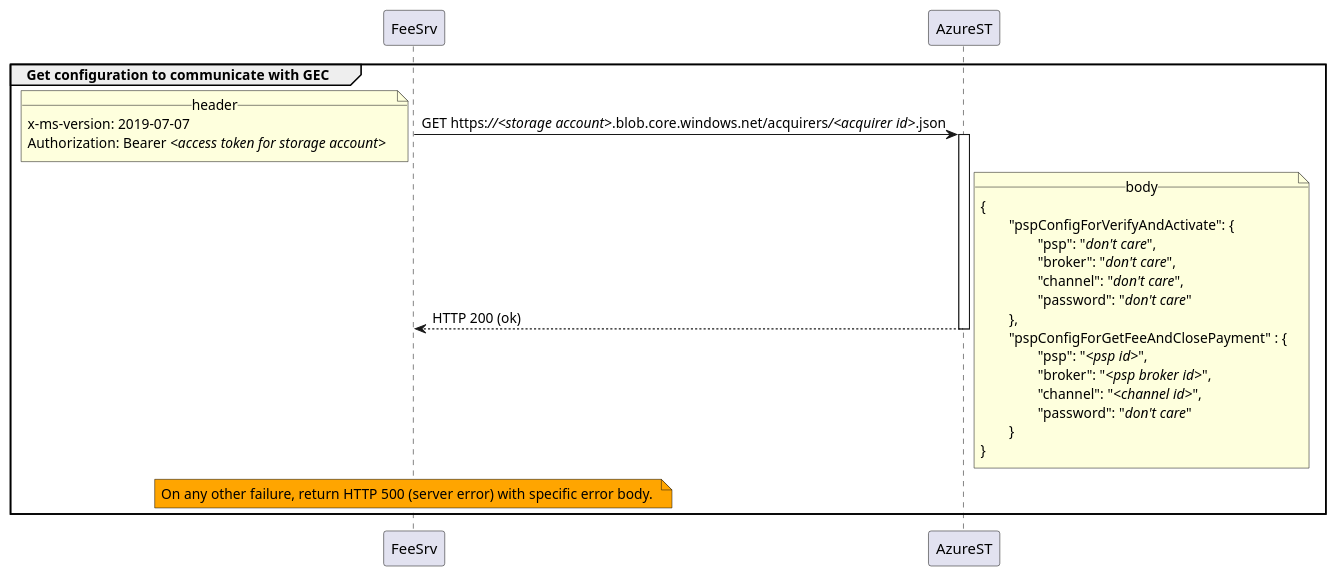
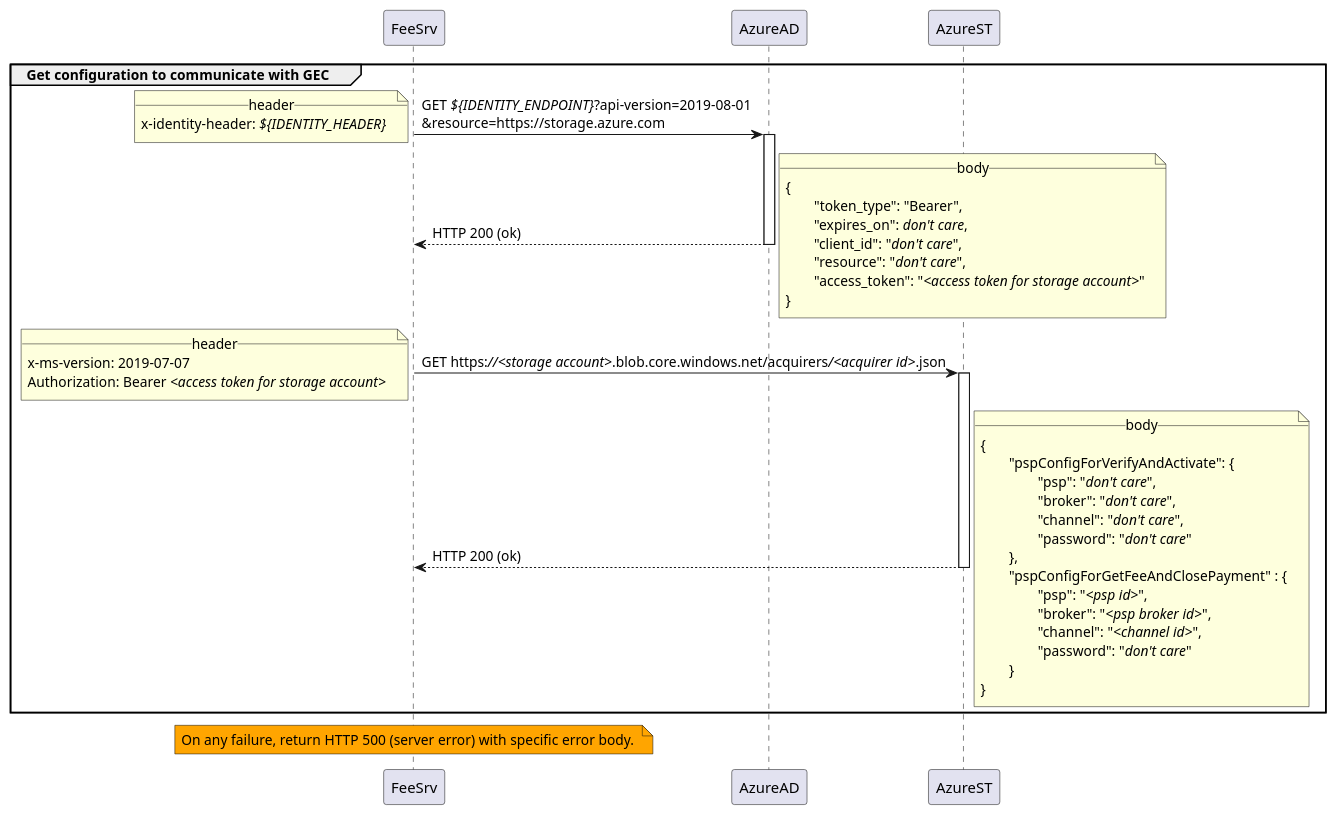
Before and after one commit to pagopa/mil-fee-calculator: the diagram in src/site/puml/uml/get_config_from_azure_blob_storage.puml, drawn with PlantUML. The commit also changed 4 other files, not shown here.

```diff
--- a/src/site/puml/uml/get_config_from_azure_blob_storage.puml
+++ b/src/site/puml/uml/get_config_from_azure_blob_storage.puml
@@ -1,33 +1,51 @@
 @startuml
 group Get configuration to communicate with GEC
+	FeeSrv -> AzureAD ++ : GET //${IDENTITY_ENDPOINT}//?api-version=2019-08-01\n&resource=https://storage.azure.com
+		note left
+			__header__
+			x-identity-header: //${IDENTITY_HEADER}//
+		end note
+
+	AzureAD --> FeeSrv -- : HTTP 200 (ok) 
+		note right
+			__body__
+			{
+				"token_type": "Bearer",
+				"expires_on": //don't care//,
+				"client_id": "//don't care//",
+				"resource": "//don't care//",
+				"access_token": "//<access token for storage account>//"
+			}
+		end note
+
 	FeeSrv -> AzureST ++ : GET https:////<storage account>//.blob.core.windows.net/acquirers///<acquirer id>//.json
 		note left
 			__header__
 			x-ms-version: 2019-07-07
 			Authorization: Bearer //<access token for storage account>//
 		end note
 
 	AzureST --> FeeSrv -- : HTTP 200 (ok)
 		note right
 			__body__
 			{
 				"pspConfigForVerifyAndActivate": {
 					"psp": "//don't care//",
 					"broker": "//don't care//",
 					"channel": "//don't care//",
 					"password": "//don't care//"
 				},
 				"pspConfigForGetFeeAndClosePayment" : {
 					"psp": "//<psp id>//",
 					"broker": "//<psp broker id>//",
 					"channel": "//<channel id>//",
 					"password": "//don't care//"
 				}
 			}
 		end note
+end
 
-	note over FeeSrv #Orange
-		On any other failure, return HTTP 500 (server error) with specific error body. 
-	end note
-end
+note over FeeSrv #Orange
+	On any failure, return HTTP 500 (server error) with specific error body. 
+end note
 @enduml
```
